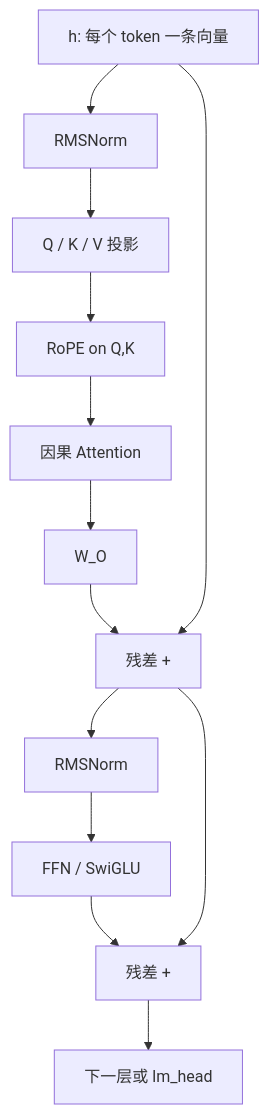
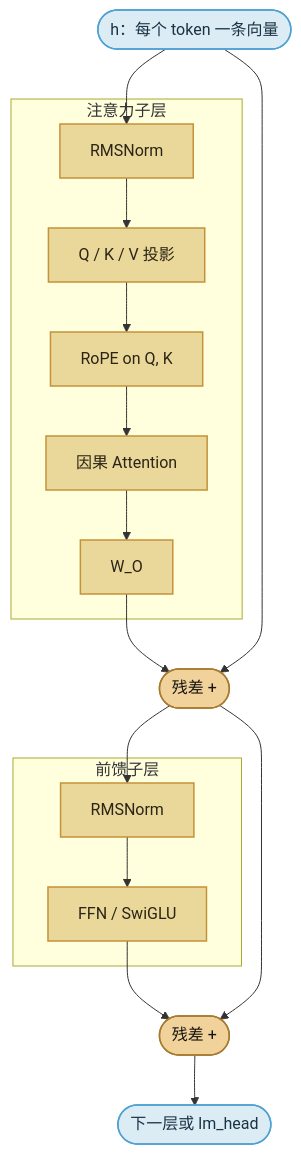
The first of 2 diagrams in src/content/docs/01-transformer/02-transformer-inference.mdx (xiangel/llm-inference-course), drawn with Mermaid before and after one commit. The commit also changed other lines of this file and 9 other files, not shown here.

First line of the commit message:
Restyle architecture diagrams to match the book palette

````diff
--- a/src/content/docs/01-transformer/02-transformer-inference.mdx
+++ b/src/content/docs/01-transformer/02-transformer-inference.mdx
@@ -95,15 +95,31 @@
 ```mermaid
 flowchart TB
-  X["h: 每个 token 一条向量"] --> N1["RMSNorm"]
-  N1 --> QKV["Q / K / V 投影"]
-  QKV --> RoPE["RoPE on Q,K"]
-  RoPE --> Attn["因果 Attention"]
-  Attn --> O["W_O"]
-  O --> R1["残差 +"]
+  classDef compute fill:#ead89a,stroke:#c4923a,color:#2c2416,stroke-width:1.5px
+  classDef sample fill:#f0d29a,stroke:#a67a2e,color:#171410,stroke-width:1.5px
+  classDef memory fill:#dcecf5,stroke:#4ea1d3,color:#1a3344,stroke-width:1.5px
+
+  X(["h：每个 token 一条向量"]):::memory
+
+  subgraph AttnPath["注意力子层"]
+    N1["RMSNorm"]:::compute
+    QKV["Q / K / V 投影"]:::compute
+    RoPE["RoPE on Q, K"]:::compute
+    Attn["因果 Attention"]:::compute
+    O["W_O"]:::compute
+  end
+
+  R1(["残差 +"]):::sample
+
+  subgraph FfnPath["前馈子层"]
+    N2["RMSNorm"]:::compute
+    FFN["FFN / SwiGLU"]:::compute
+  end
+
+  R2(["残差 +"]):::sample
+  Next(["下一层或 lm_head"]):::memory
+
+  X --> N1 --> QKV --> RoPE --> Attn --> O --> R1
   X --> R1
-  R1 --> N2["RMSNorm"]
-  N2 --> FFN["FFN / SwiGLU"]
-  FFN --> R2["残差 +"]
-  R1 --> R2
-  R2 --> Next["下一层或 lm_head"]
+  R1 --> N2 --> FFN --> R2
+  R1 --> R2 --> Next
 ```
````
